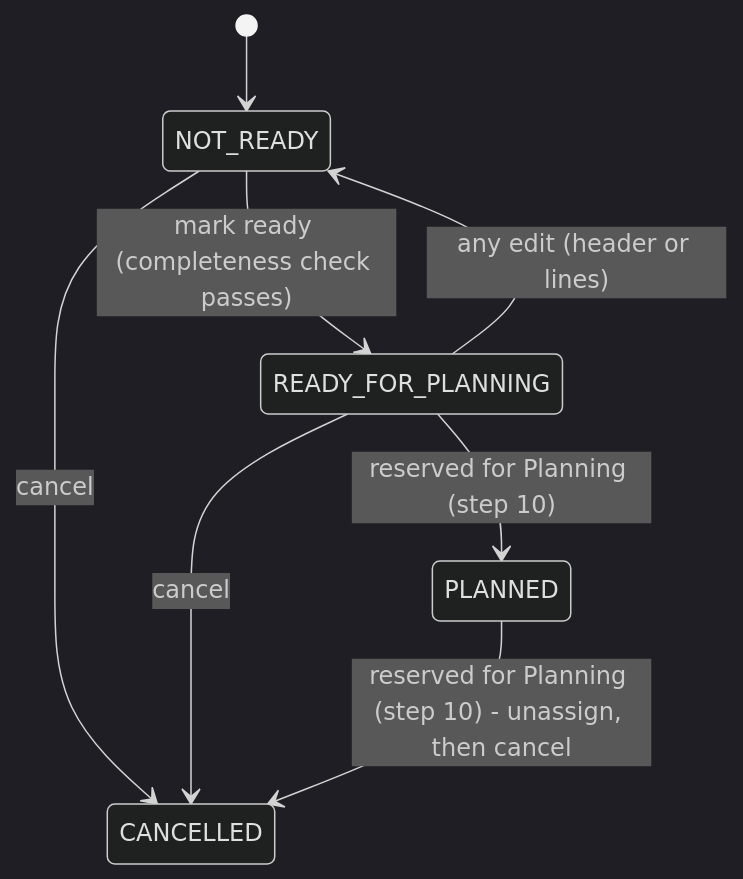
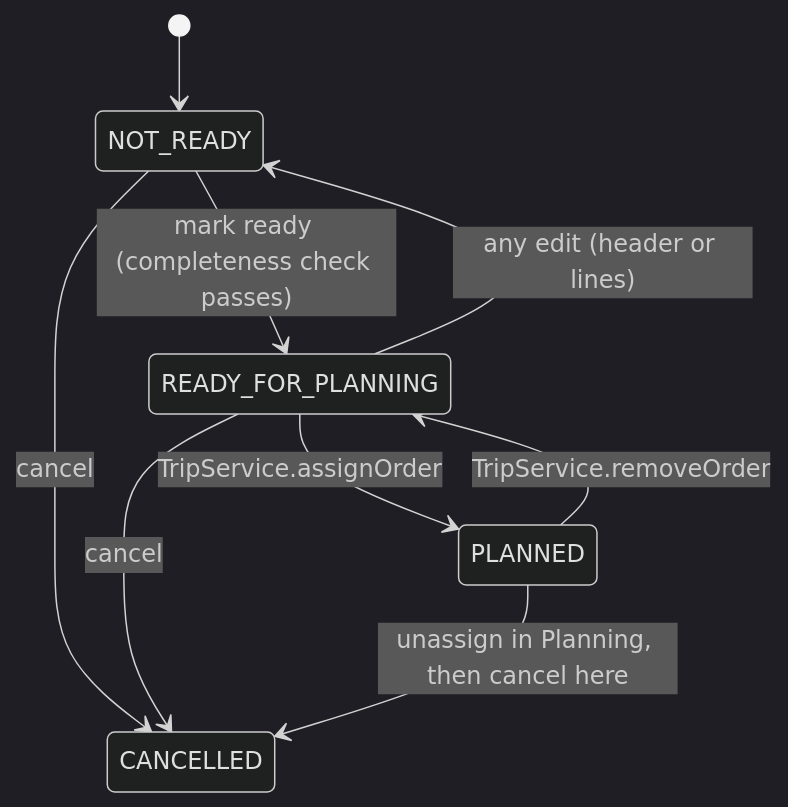
Before and after one commit to dcalagua/TMS: the diagram in docs/domain/ORDER_LIFECYCLE_V1.md, drawn with Mermaid (dark theme). The commit also changed other lines of this file and 30 other files, not shown here.

````diff
--- a/docs/domain/ORDER_LIFECYCLE_V1.md
+++ b/docs/domain/ORDER_LIFECYCLE_V1.md
@@ -29,10 +31,11 @@
 ```mermaid
 stateDiagram-v2
     [*] --> NOT_READY
     NOT_READY --> READY_FOR_PLANNING: mark ready (completeness check passes)
     READY_FOR_PLANNING --> NOT_READY: any edit (header or lines)
     NOT_READY --> CANCELLED: cancel
     READY_FOR_PLANNING --> CANCELLED: cancel
-    READY_FOR_PLANNING --> PLANNED: reserved for Planning (step 10)
-    PLANNED --> CANCELLED: reserved for Planning (step 10) - unassign, then cancel
+    READY_FOR_PLANNING --> PLANNED: TripService.assignOrder
+    PLANNED --> READY_FOR_PLANNING: TripService.removeOrder
+    PLANNED --> CANCELLED: unassign in Planning, then cancel here
 ```
````
